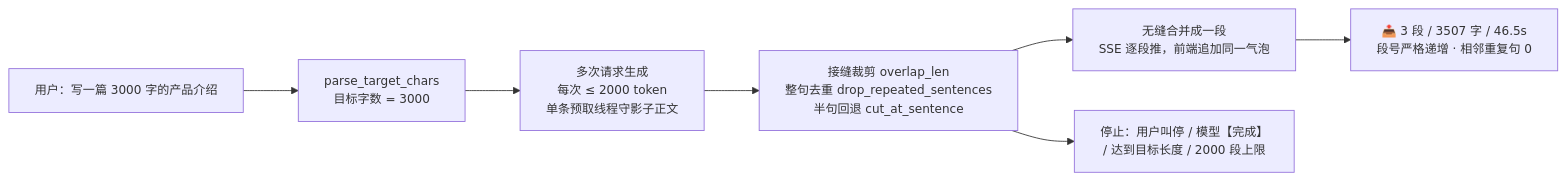
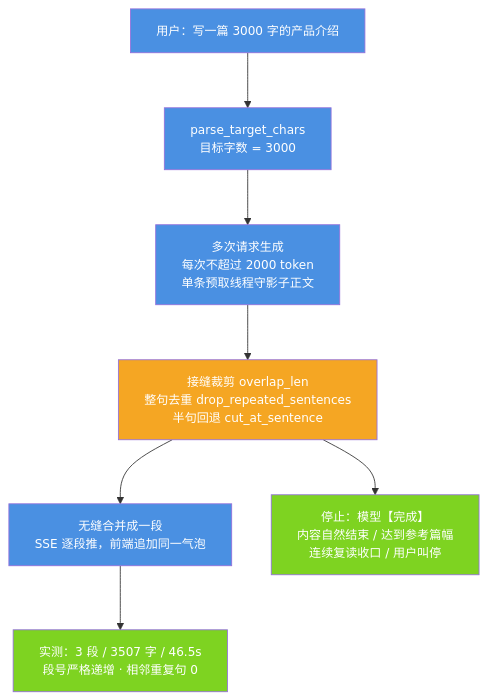
Before and after one commit to jiangchuangege/xiaojiao-harnees: the third of 7 diagrams in docs/six-infinity.md, drawn with Mermaid. The commit also changed other lines of this file, not shown here.

Commit message:
docs: six-infinity 重写收尾（补 rerank 二次判断层与拆分开的延迟判据，12 张图重画）

````diff
--- a/docs/six-infinity.md
+++ b/docs/six-infinity.md
@@ -340,10 +445,17 @@
 ```mermaid
 %%{init: {"themeVariables": {"fontSize": "14px"}, "flowchart": {"htmlLabels": true, "wrappingWidth": 320, "nodeSpacing": 46, "rankSpacing": 64, "useMaxWidth": true}}}%%
-flowchart LR
+flowchart TB
     P["用户：写一篇 3000 字的产品介绍"] --> T["parse_target_chars<br/>目标字数 = 3000"]
-    T --> G["多次请求生成<br/>每次 ≤ 2000 token<br/>单条预取线程守影子正文"]
+    T --> G["多次请求生成<br/>每次不超过 2000 token<br/>单条预取线程守影子正文"]
     G --> J["接缝裁剪 overlap_len<br/>整句去重 drop_repeated_sentences<br/>半句回退 cut_at_sentence"]
     J --> F["无缝合并成一段<br/>SSE 逐段推，前端追加同一气泡"]
-    F --> O["📤 3 段 / 3507 字 / 46.5s<br/>段号严格递增 · 相邻重复句 0"]
-    J --> ST["停止：用户叫停 / 模型【完成】<br/>/ 达到目标长度 / 2000 段上限"]
+    F --> O["实测：3 段 / 3507 字 / 46.5s<br/>段号严格递增 · 相邻重复句 0"]
+    J --> ST["停止：模型【完成】<br/>内容自然结束 / 达到参考篇幅<br/>连续复读收口 / 用户叫停"]
+    style P fill:#4A90E2,color:#fff
+    style T fill:#4A90E2,color:#fff
+    style G fill:#4A90E2,color:#fff
+    style J fill:#F5A623,color:#fff
+    style F fill:#4A90E2,color:#fff
+    style O fill:#7ED321,color:#fff
+    style ST fill:#7ED321,color:#fff
 ```
````
